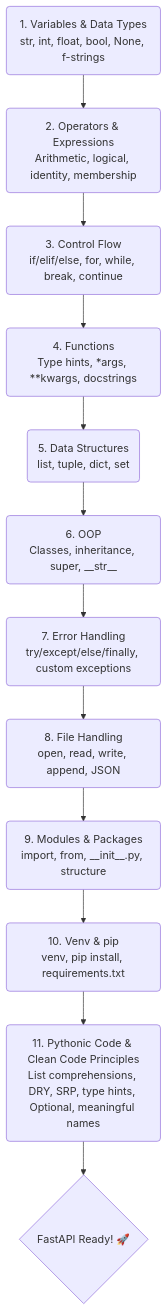
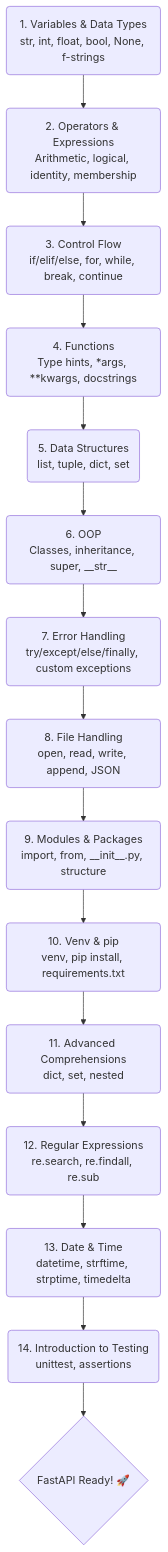
The diagram in python-work-/README.md (varunsahukar/python-work-), drawn with Mermaid before and after one commit. The commit also changed other lines of this file, not shown here.

````diff
--- a/python-work-/README.md
+++ b/python-work-/README.md
@@ -9,14 +9,17 @@
 ```mermaid
 graph TD
     1(1. Variables & Data Types<br/>str, int, float, bool, None, f-strings) --> 2(2. Operators & Expressions<br/>Arithmetic, logical, identity, membership)
     2 --> 3(3. Control Flow<br/>if/elif/else, for, while, break, continue)
     3 --> 4(4. Functions<br/>Type hints, *args, **kwargs, docstrings)
     4 --> 5(5. Data Structures<br/>list, tuple, dict, set)
     5 --> 6(6. OOP<br/>Classes, inheritance, super, __str__)
     6 --> 7(7. Error Handling<br/>try/except/else/finally, custom exceptions)
     7 --> 8(8. File Handling<br/>open, read, write, append, JSON)
     8 --> 9(9. Modules & Packages<br/>import, from, __init__.py, structure)
     9 --> 10(10. Venv & pip<br/>venv, pip install, requirements.txt)
-    10 --> 11(11. Pythonic Code & Clean Code Principles<br/>List comprehensions, DRY, SRP, type hints, Optional, meaningful names)
-    11 --> 12{FastAPI Ready! 🚀}
+    10 --> 11(11. Advanced Comprehensions<br/>dict, set, nested)
+    11 --> 12(12. Regular Expressions<br/>re.search, re.findall, re.sub)
+    12 --> 13(13. Date & Time<br/>datetime, strftime, strptime, timedelta)
+    13 --> 14(14. Introduction to Testing<br/>unittest, assertions)
+    14 --> 15{FastAPI Ready! 🚀}
 ```
````
